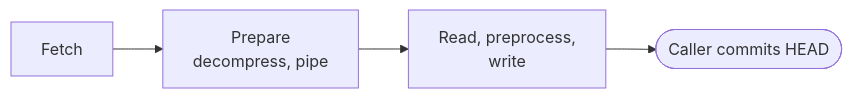
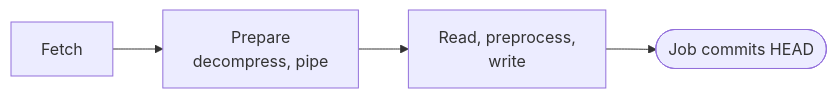
The first of 2 diagrams in docs/internal/polling-ingest.md (kamu-data/kamu-cli), drawn with Mermaid before and after one commit. The commit also changed other lines of this file and 13 other files, not shown here.

````diff
--- a/docs/internal/polling-ingest.md
+++ b/docs/internal/polling-ingest.md
@@ -24,6 +24,6 @@
 ```mermaid
 flowchart LR
     F[Fetch] --> P["Prepare<br/>decompress, pipe"]
     P --> W["Read, preprocess,<br/>write"]
-    W --> C(["Caller commits HEAD"])
+    W --> C(["Job commits HEAD"])
 ```
````
